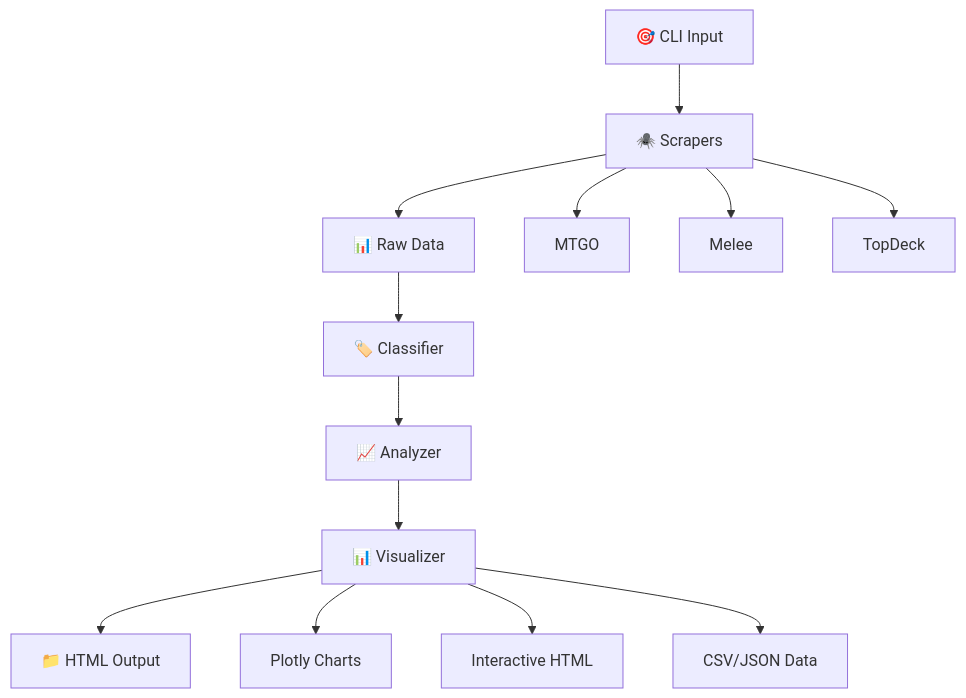
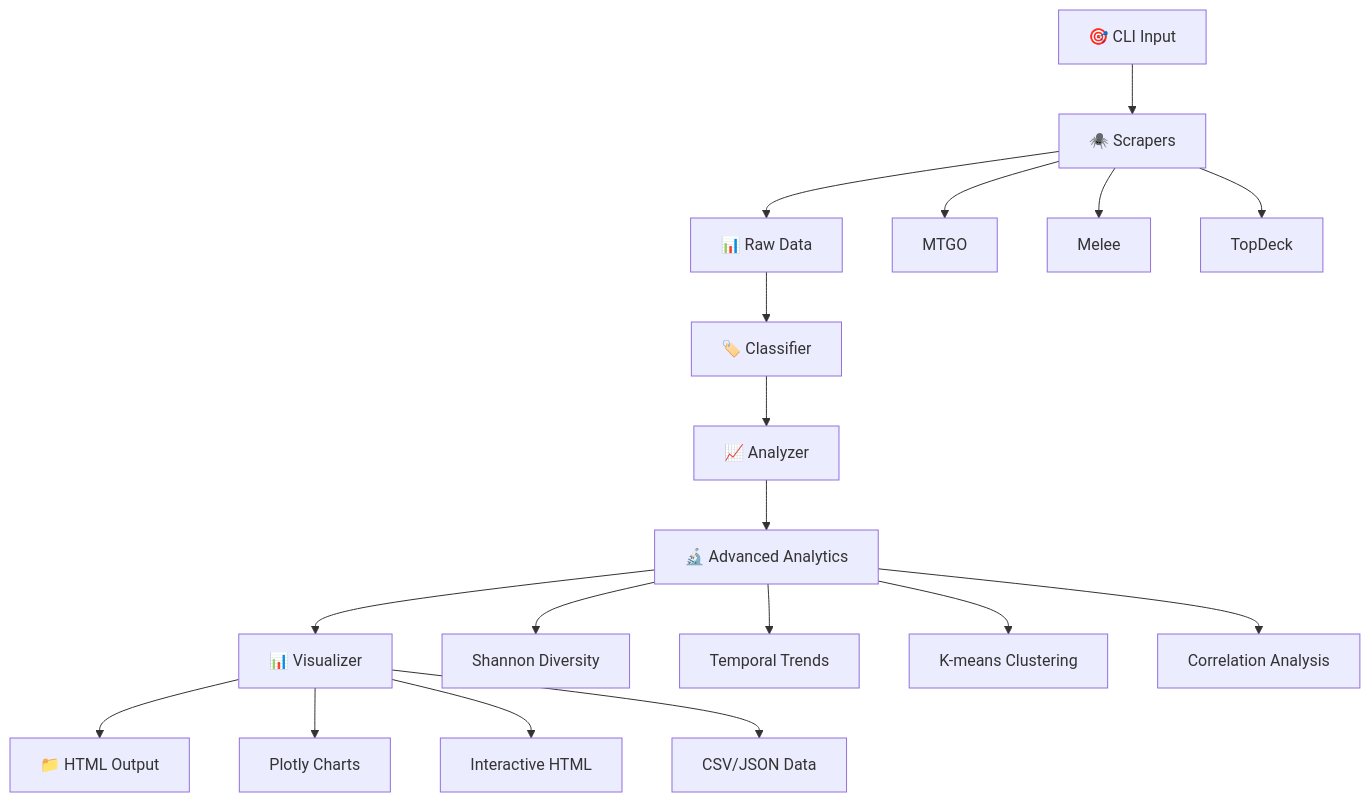
Before and after one commit to gbordes77/Manalytics: the diagram in docs/ARCHITECTURE_QUICKREAD.md, drawn with Mermaid. The commit also changed other lines of this file and 6 other files, not shown here.

First line of the commit message:
docs: comprehensive documentation update for v0.3.4 advanced analytics

````diff
--- a/docs/ARCHITECTURE_QUICKREAD.md
+++ b/docs/ARCHITECTURE_QUICKREAD.md
@@ -7,17 +7,23 @@
 ```mermaid
 graph TD
     A[🎯 CLI Input] --> B[🕷️ Scrapers]
     B --> C[📊 Raw Data]
     C --> D[🏷️ Classifier]
     D --> E[📈 Analyzer]
-    E --> F[📊 Visualizer]
-    F --> G[📁 HTML Output]
+    E --> F[🔬 Advanced Analytics]
+    F --> G[📊 Visualizer]
+    G --> H[📁 HTML Output]
 
     B --> B1[MTGO]
     B --> B2[Melee]
     B --> B3[TopDeck]
 
-    F --> F1[Plotly Charts]
-    F --> F2[Interactive HTML]
-    F --> F3[CSV/JSON Data]
+    F --> F1[Shannon Diversity]
+    F --> F2[Temporal Trends]
+    F --> F3[K-means Clustering]
+    F --> F4[Correlation Analysis]
+
+    G --> G1[Plotly Charts]
+    G --> G2[Interactive HTML]
+    G --> G3[CSV/JSON Data]
 ```
````
